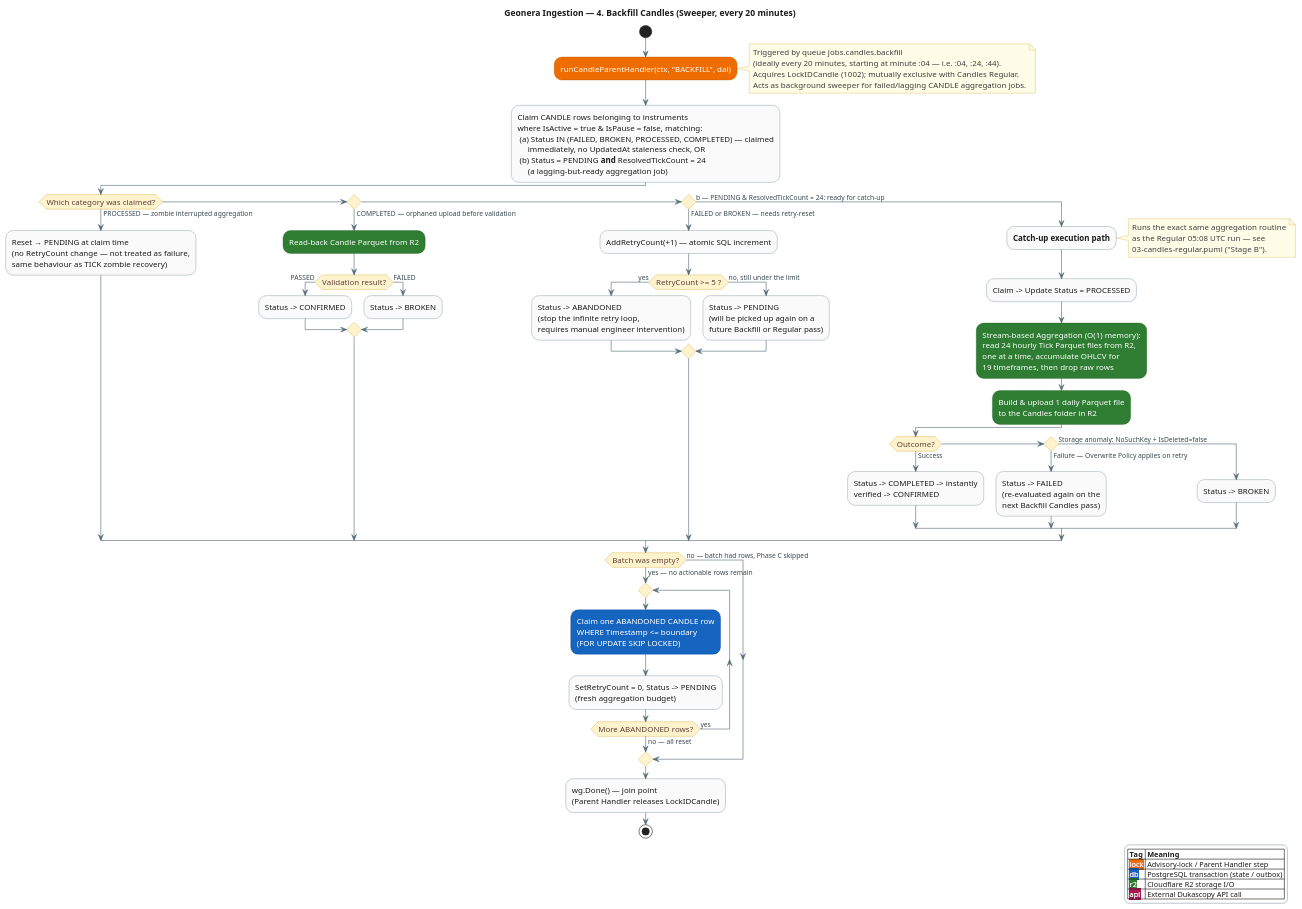
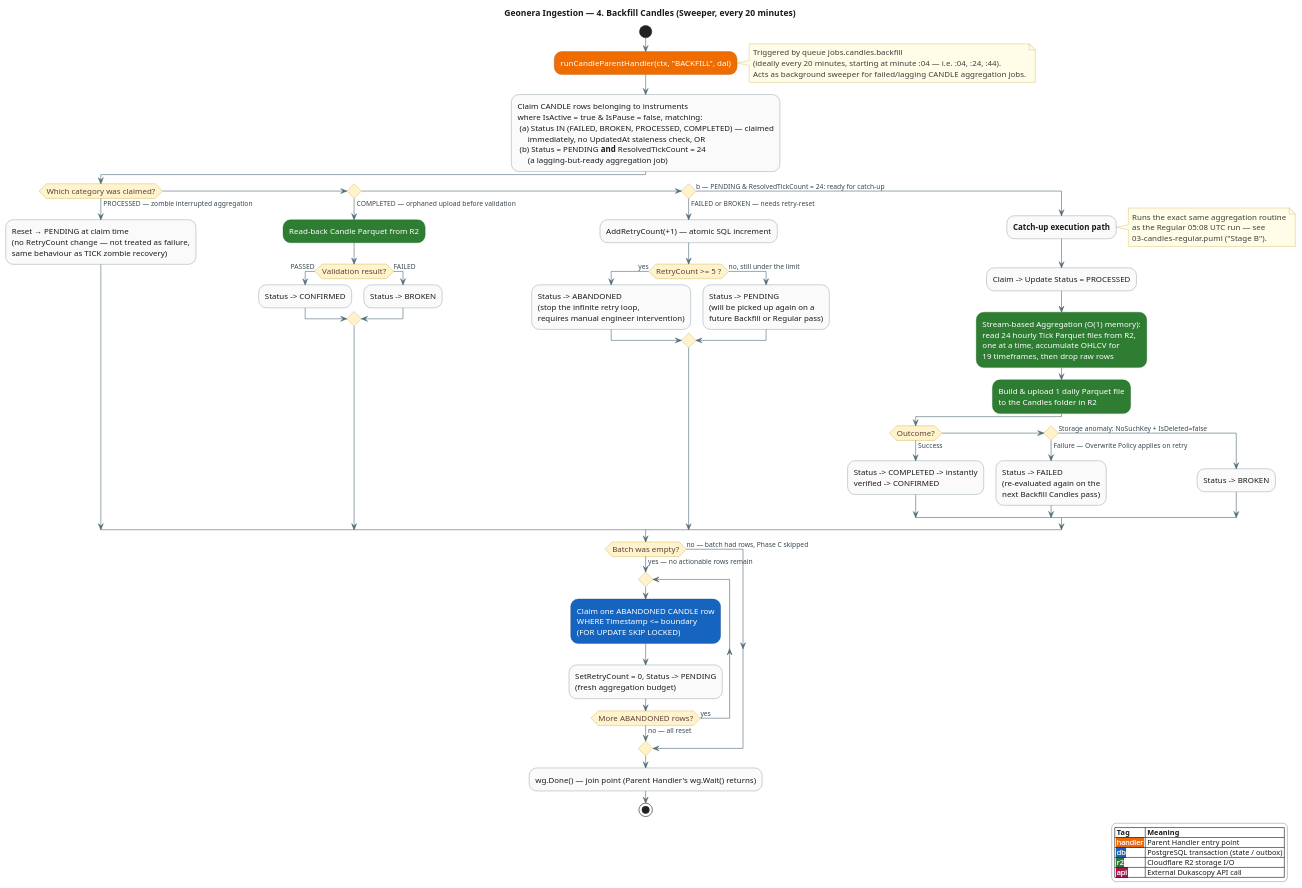
The diagram in docs/flows/04-backfill-candles.puml (sanjari-dev/geonera-ingestion), drawn with PlantUML before and after one commit. The commit also changed 6 other files, not shown here.

First line of the commit message:
docs: update flow diagrams to reflect simplified architecture

```diff
--- a/docs/flows/04-backfill-candles.puml
+++ b/docs/flows/04-backfill-candles.puml
@@ -1,151 +1,149 @@
 @startuml 04-backfill-candles
 title Geonera Ingestion — 4. Backfill Candles (Sweeper, every 20 minutes)
 skinparam backgroundColor #FFFFFF
 skinparam defaultFontColor #1B1B1B
 skinparam ArrowColor #546E7A
 skinparam ArrowFontColor #37474F
 
 skinparam activity {
   BackgroundColor #FAFAFA
   BorderColor #546E7A
   FontColor #1B1B1B
   FontSize 13
 
-  BackgroundColor<<lock>> #EF6C00
-  FontColor<<lock>> #FFFFFF
-  BorderColor<<lock>> #A34B00
+  BackgroundColor<<handler>> #EF6C00
+  FontColor<<handler>> #FFFFFF
+  BorderColor<<handler>> #A34B00
 
   BackgroundColor<<db>> #1565C0
   FontColor<<db>> #FFFFFF
   BorderColor<<db>> #0B3C78
 
   BackgroundColor<<r2>> #2E7D32
   FontColor<<r2>> #FFFFFF
   BorderColor<<r2>> #1B5E20
 
   BackgroundColor<<api>> #AD1457
   FontColor<<api>> #FFFFFF
   BorderColor<<api>> #6A0F38
 }
 
 skinparam activityDiamond {
   BackgroundColor #FFF3CD
   BorderColor #C79100
   FontColor #5D4037
 }
 
 skinparam legend {
   BackgroundColor #FFFFFF
   BorderColor #90A4AE
   FontColor #1B1B1B
   FontSize 12
   EntrySeparatorColor #CFD8DC
 }
 
 skinparam note {
   BackgroundColor #FFFDE7
   BorderColor #C9A227
   FontColor #3E3E3E
 }
 
 legend right
   |= Tag |= Meaning |
-  |<back:#EF6C00><color:#FFFFFF> lock </color></back>| Advisory-lock / Parent Handler step |
+  |<back:#EF6C00><color:#FFFFFF> handler </color></back>| Parent Handler entry point |
   |<back:#1565C0><color:#FFFFFF> db </color></back>| PostgreSQL transaction (state / outbox) |
   |<back:#2E7D32><color:#FFFFFF> r2 </color></back>| Cloudflare R2 storage I/O |
   |<back:#AD1457><color:#FFFFFF> api </color></back>| External Dukascopy API call |
 endlegend
 
 start
-:runCandleParentHandler(ctx, "BACKFILL", dal);<<lock>>
+:runCandleParentHandler(ctx, "BACKFILL", dal);<<handler>>
 note right
   Triggered by queue jobs.candles.backfill
   (ideally every 20 minutes, starting at minute :04 — i.e. :04, :24, :44).
-  Acquires LockIDCandle (1002); mutually exclusive with Candles Regular.
   Acts as background sweeper for failed/lagging CANDLE aggregation jobs.
 end note
 
 :Claim CANDLE rows belonging to instruments
 where IsActive = true & IsPause = false, matching:
  (a) Status IN (FAILED, BROKEN, PROCESSED, COMPLETED) — claimed
      immediately, no UpdatedAt staleness check, OR
  (b) Status = PENDING **and** ResolvedTickCount = 24
      (a lagging-but-ready aggregation job);
 
 if (Which category was claimed?) then (PROCESSED — zombie interrupted aggregation)
   :Reset → PENDING at claim time
   (no RetryCount change — not treated as failure,
   same behaviour as TICK zombie recovery);
 
 elseif () then (COMPLETED — orphaned upload before validation)
   note right
     Upload succeeded but worker crashed before
     the instant read-back + validation pass.
     Backfill re-runs validation only — no re-upload.
   end note
   :Read-back Candle Parquet from R2;<<r2>>
   if (Validation result?) then (PASSED)
     :Status -> CONFIRMED;
   else (FAILED)
     :Status -> BROKEN;
   endif
 
 elseif () then (FAILED or BROKEN — needs retry-reset)
   :AddRetryCount(+1) — atomic SQL increment;
   if (RetryCount >= 5 ?) then (yes)
     :Status -> ABANDONED
     (stop the infinite retry loop,
     requires manual engineer intervention);
   else (no, still under the limit)
     :Status -> PENDING
     (will be picked up again on a
     future Backfill or Regular pass);
   endif
 
 else (b — PENDING & ResolvedTickCount = 24: ready for catch-up)
   :**Catch-up execution path**;
   note right
     Runs the exact same aggregation routine
     as the Regular 05:08 UTC run — see
     03-candles-regular.puml ("Stage B").
   end note
   :Claim -> Update Status = PROCESSED;
   :Stream-based Aggregation (O(1) memory):
   read 24 hourly Tick Parquet files from R2,
   one at a time, accumulate OHLCV for
   19 timeframes, then drop raw rows;<<r2>>
   :Build & upload 1 daily Parquet file
   to the Candles folder in R2;<<r2>>
 
   if (Outcome?) then (Success)
     :Status -> COMPLETED -> instantly
     verified -> CONFIRMED;
   elseif () then (Failure — Overwrite Policy applies on retry)
     :Status -> FAILED
     (re-evaluated again on the
     next Backfill Candles pass);
   else (Storage anomaly: NoSuchKey + IsDeleted=false)
     :Status -> BROKEN;
   endif
 endif
 
 ' Phase C — last-resort ABANDONED reset.
 ' Only runs when the master claim returned zero actionable rows,
 ' meaning no FAILED/BROKEN/PROCESSED/COMPLETED/PENDING-ready rows
 ' exist within the Zona Eksklusif boundary.
 if (Batch was empty?) then (yes — no actionable rows remain)
   repeat
     :Claim one ABANDONED CANDLE row
     WHERE Timestamp <= boundary
     (FOR UPDATE SKIP LOCKED);<<db>>
     :SetRetryCount = 0, Status -> PENDING
     (fresh aggregation budget);
   repeat while (More ABANDONED rows?) is (yes) not (no — all reset)
 else (no — batch had rows, Phase C skipped)
 endif
 
-:wg.Done() — join point
-(Parent Handler releases LockIDCandle);
+:wg.Done() — join point (Parent Handler's wg.Wait() returns);
 stop
 
 @enduml
```
